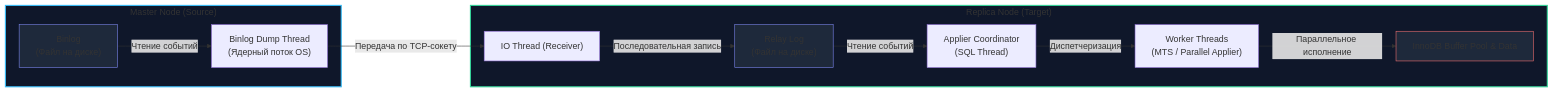
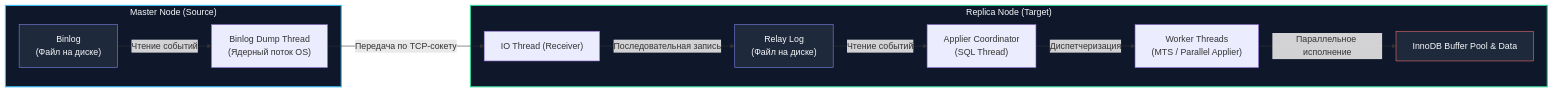
The first of 2 diagrams in sources/12. Базы данных/07. MySQL и форки/5. Репликация в MySQL.md (UnrealTemplier/go-textbook), drawn with Mermaid before and after one commit. The commit also changed 310 other files, not shown here.

First line of the commit message:
fix(mermaid): replace light fill colors with dark palette for readability on dark theme

````diff
--- a/sources/12. Базы данных/07. MySQL и форки/5. Репликация в MySQL.md
+++ b/sources/12. Базы данных/07. MySQL и форки/5. Репликация в MySQL.md
@@ -46,29 +46,29 @@
 ```mermaid
 flowchart LR
     subgraph Master ["Master Node (Source)"]
         Binlog["Binlog<br>(Файл на диске)"]
         DumpThread["Binlog Dump Thread<br>(Ядерный поток OS)"]
         Binlog -->|"Чтение событий"| DumpThread
     end
 
     subgraph Replica ["Replica Node (Target)"]
         IOThread["IO Thread (Receiver)"]
         RelayLog["Relay Log<br>(Файл на диске)"]
         SQLThread["Applier Coordinator<br>(SQL Thread)"]
         Workers["Worker Threads<br>(MTS / Parallel Applier)"]
         Data["InnoDB Buffer Pool & Data"]
         
         IOThread -->|"Последовательная запись"| RelayLog
         RelayLog -->|"Чтение событий"| SQLThread
         SQLThread -->|"Диспетчеризация"| Workers
         Workers -->|"Параллельное исполнение"| Data
     end
 
     DumpThread -->|"Передача по TCP-сокету"| IOThread
 
-    style Master fill:#0f172a,stroke:#38bdf8,stroke-width:2px
-    style Replica fill:#0f172a,stroke:#34d399,stroke-width:2px
-    style Binlog fill:#1e293b,stroke:#818cf8,stroke-width:1px
-    style RelayLog fill:#1e293b,stroke:#818cf8,stroke-width:1px
-    style Data fill:#1e293b,stroke:#f87171,stroke-width:1px
+    style Master fill:#0f172a,stroke:#38bdf8,stroke-width:2px,color:#f8fafc
+    style Replica fill:#0f172a,stroke:#34d399,stroke-width:2px,color:#f8fafc
+    style Binlog fill:#1e293b,stroke:#818cf8,stroke-width:1px,color:#f8fafc
+    style RelayLog fill:#1e293b,stroke:#818cf8,stroke-width:1px,color:#f8fafc
+    style Data fill:#1e293b,stroke:#f87171,stroke-width:1px,color:#f8fafc
 ```
````
